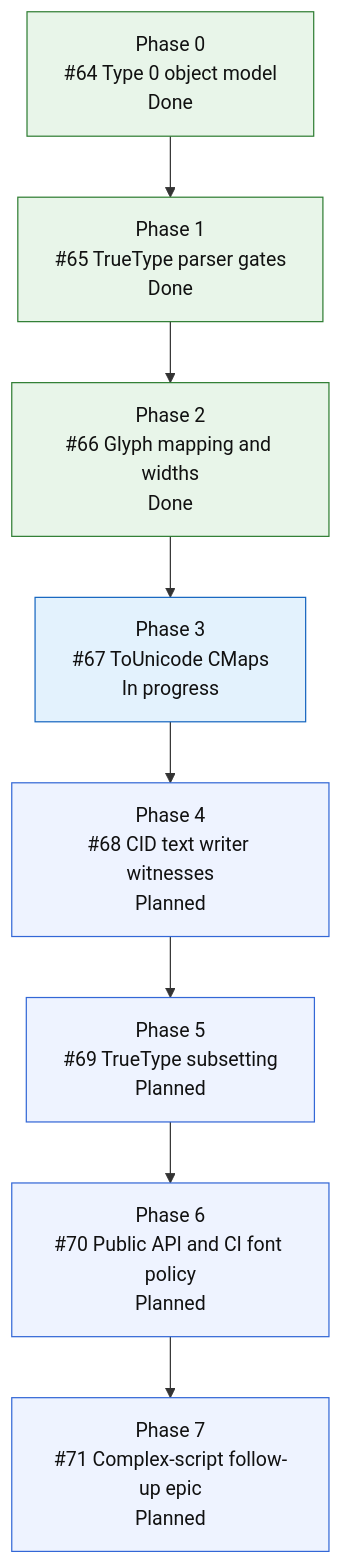
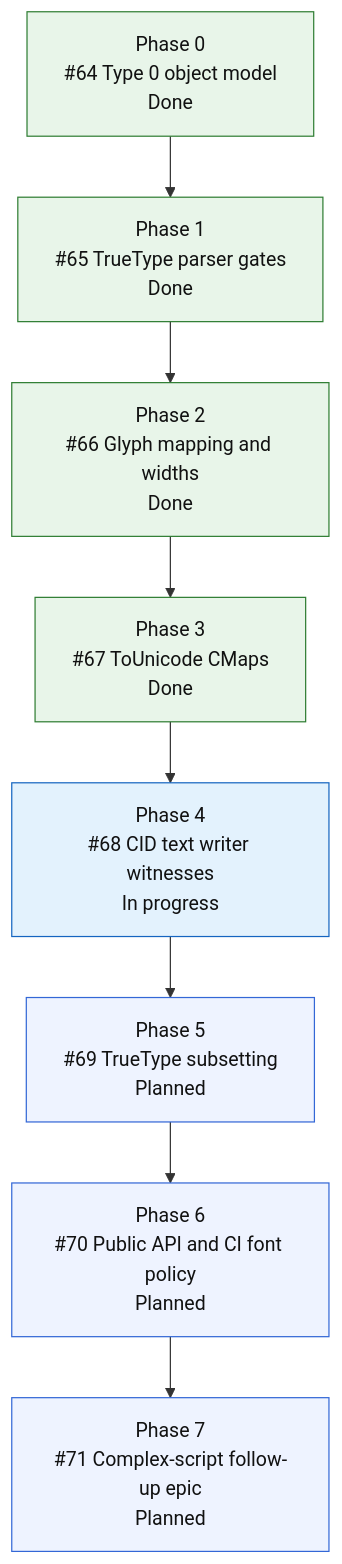
The third of 3 diagrams in README.md (mihaelamj/MarkdownPDF), drawn with Mermaid before and after one commit.

Commit message:
docs(readme): advance cid text roadmap

````diff
--- a/README.md
+++ b/README.md
@@ -243,22 +243,22 @@
 ```mermaid
 flowchart TD
     E0["Phase 0<br/>#64 Type 0 object model<br/>Done"]
     E1["Phase 1<br/>#65 TrueType parser gates<br/>Done"]
     E2["Phase 2<br/>#66 Glyph mapping and widths<br/>Done"]
-    E3["Phase 3<br/>#67 ToUnicode CMaps<br/>In progress"]
-    E4["Phase 4<br/>#68 CID text writer witnesses<br/>Planned"]
+    E3["Phase 3<br/>#67 ToUnicode CMaps<br/>Done"]
+    E4["Phase 4<br/>#68 CID text writer witnesses<br/>In progress"]
     E5["Phase 5<br/>#69 TrueType subsetting<br/>Planned"]
     E6["Phase 6<br/>#70 Public API and CI font policy<br/>Planned"]
     E7["Phase 7<br/>#71 Complex-script follow-up epic<br/>Planned"]
 
     E0 --> E1 --> E2 --> E3 --> E4 --> E5 --> E6 --> E7
 
     classDef done fill:#e8f5e9,stroke:#2e7d32,color:#111;
     classDef active fill:#e3f2fd,stroke:#1565c0,color:#111;
     classDef review fill:#f3e5f5,stroke:#7b1fa2,color:#111;
     classDef next fill:#fff8e1,stroke:#f9a825,color:#111;
     classDef todo fill:#eef3ff,stroke:#3367d6,color:#111;
-    class E0,E1,E2 done;
-    class E3 active;
-    class E4,E5,E6,E7 todo;
+    class E0,E1,E2,E3 done;
+    class E4 active;
+    class E5,E6,E7 todo;
 ```
````
